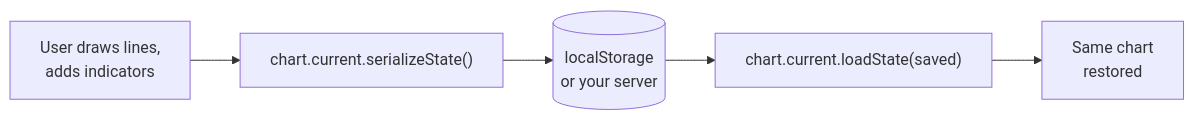
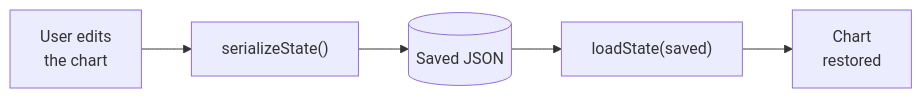
Before and after one commit to kowito/astroneum: the seventh of 10 diagrams in docs/getting-started.md, drawn with Mermaid. The commit also changed other lines of this file and 2 other files, not shown here.

Commit message:
docs: tag each diagram with an id so the website can draw it
Every mermaid block now starts with a '%% diagram: <id>' line. The website reads the block by that id,
so the GitHub page and the site share one source. The indicator pipeline is now top-to-bottom so it
stays readable at page width; the save-and-restore labels are shorter.

````diff
--- a/docs/getting-started.md
+++ b/docs/getting-started.md
@@ -407,7 +413,8 @@
 ```mermaid
+%% diagram: save-restore
 flowchart LR
-    A["User draws lines,<br/>adds indicators"] --> B["chart.current.serializeState()"]
-    B --> C[("localStorage<br/>or your server")]
-    C --> D["chart.current.loadState(saved)"]
-    D --> E["Same chart<br/>restored"]
+    A["User edits<br/>the chart"] --> B["serializeState()"]
+    B --> C[("Saved JSON")]
+    C --> D["loadState(saved)"]
+    D --> E["Chart<br/>restored"]
 ```
````
